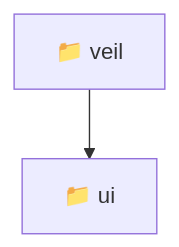
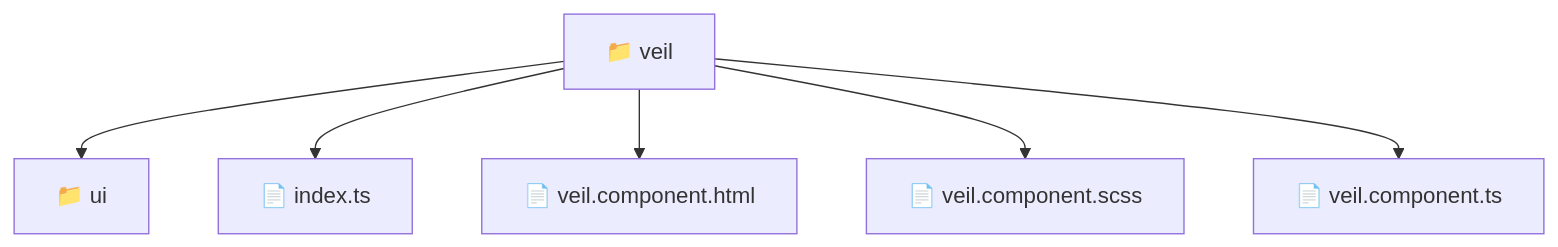
One commit to beginwebdev2002/fullstack-mavluda changed the diagram in frontend/src/pages/veil/README.md. Above: the diagram before and after it, drawn with Mermaid. The commit also changed other lines of this file and 157 other files, not shown here.

First line of the commit message:
docs: generate localized readmes for architectural transparency

````diff
--- a/frontend/src/pages/veil/README.md
+++ b/frontend/src/pages/veil/README.md
@@ -11,5 +11,9 @@
 ```mermaid
 graph TD
   veil["📁 veil"]
-  veil --> ui["📁 ui"]
+  veil --> veil_ui["📁 ui"]
+  veil --> veil_index_ts["📄 index.ts"]
+  veil --> veil_veil_component_html["📄 veil.component.html"]
+  veil --> veil_veil_component_scss["📄 veil.component.scss"]
+  veil --> veil_veil_component_ts["📄 veil.component.ts"]
 ```
````
